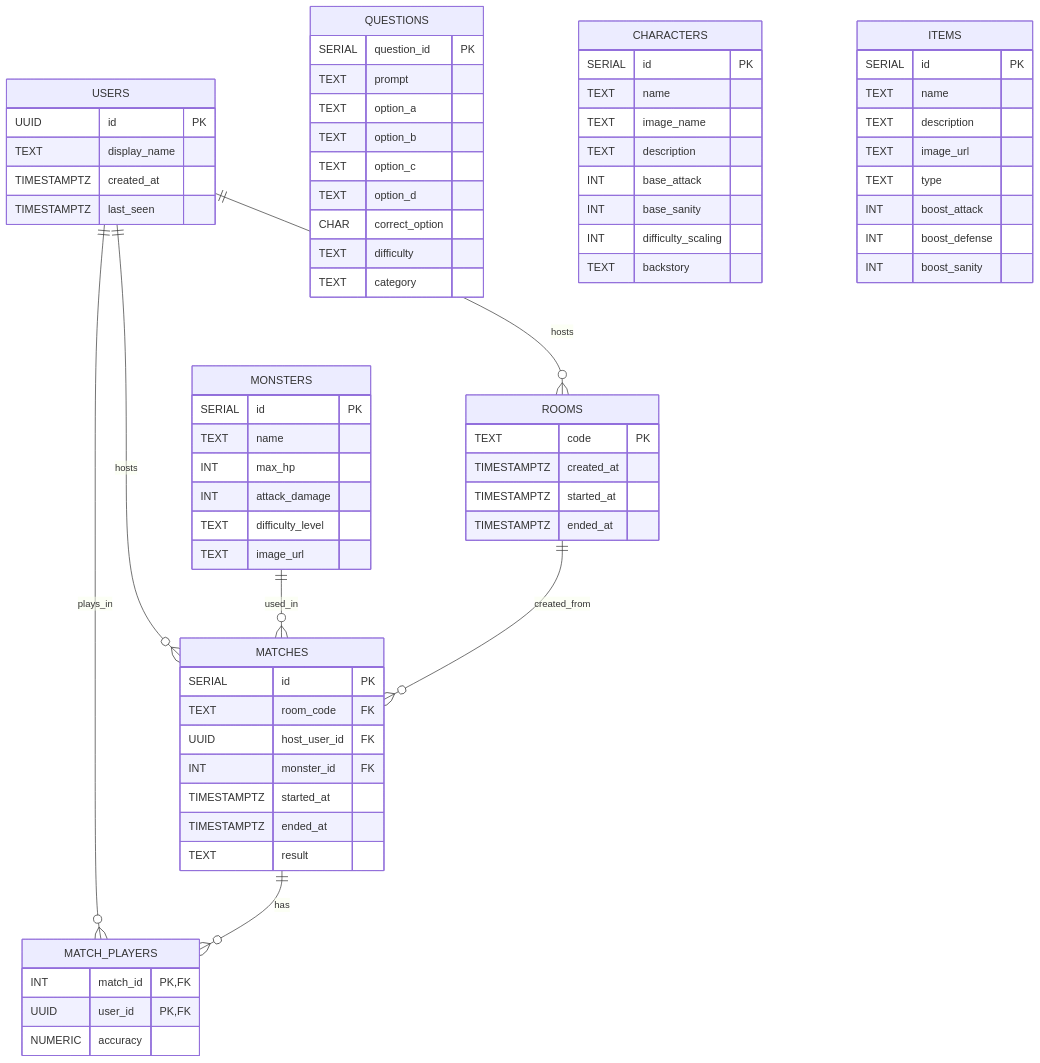
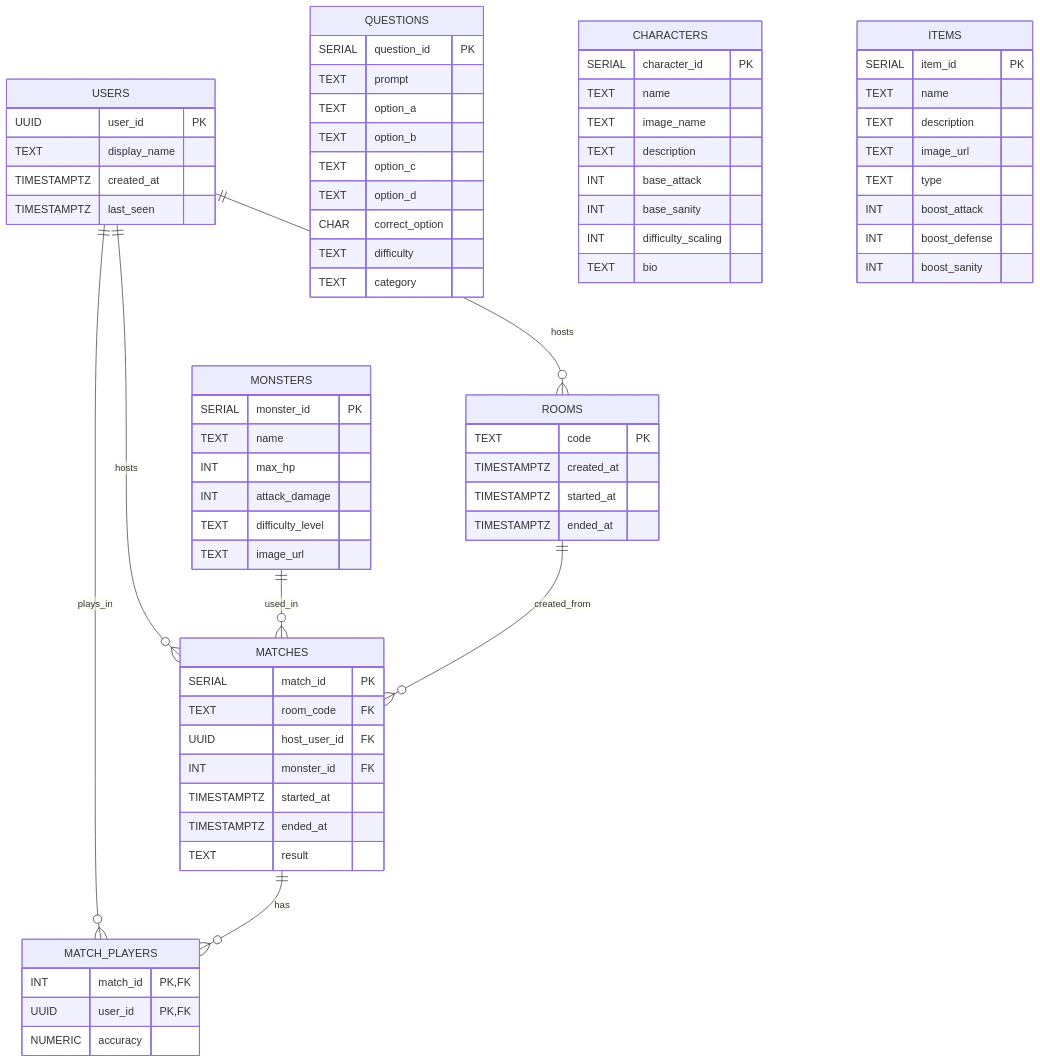
The diagram in docs/planning/backend-draft.md (vertigo1919/eldritch-backend), drawn with Mermaid before and after one commit.

Commit message:
Refactor primary key fields in database schema
Updated primary key fields for USERS, MONSTERS, CHARACTERS, MATCHES, and ITEMS tables.

````diff
--- a/docs/planning/backend-draft.md
+++ b/docs/planning/backend-draft.md
@@ -5,7 +5,7 @@
 ```mermaid
 erDiagram
   USERS {
-    UUID id PK
+    UUID user_id PK
     TEXT display_name
     TIMESTAMPTZ created_at
     TIMESTAMPTZ last_seen
@@ -24,7 +24,7 @@
   }
 
   MONSTERS {
-    SERIAL id PK
+    SERIAL monster_id PK
     TEXT name
     INT max_hp
     INT attack_damage
@@ -33,14 +33,14 @@
   }
 
   CHARACTERS {
-    SERIAL id PK
+    SERIAL character_id PK
     TEXT name
     TEXT image_name
     TEXT description
     INT base_attack
     INT base_sanity
     INT difficulty_scaling
-    TEXT backstory
+    TEXT bio
   }
 
   ROOMS {
@@ -51,7 +51,7 @@
   }
 
   MATCHES {
-    SERIAL id PK
+    SERIAL match_id PK
     TEXT room_code FK
     UUID host_user_id FK
     INT monster_id FK
@@ -67,7 +67,7 @@
   }
 
 ITEMS {
-  SERIAL id PK
+  SERIAL item_id PK
   TEXT name
   TEXT description
   TEXT image_url
````
